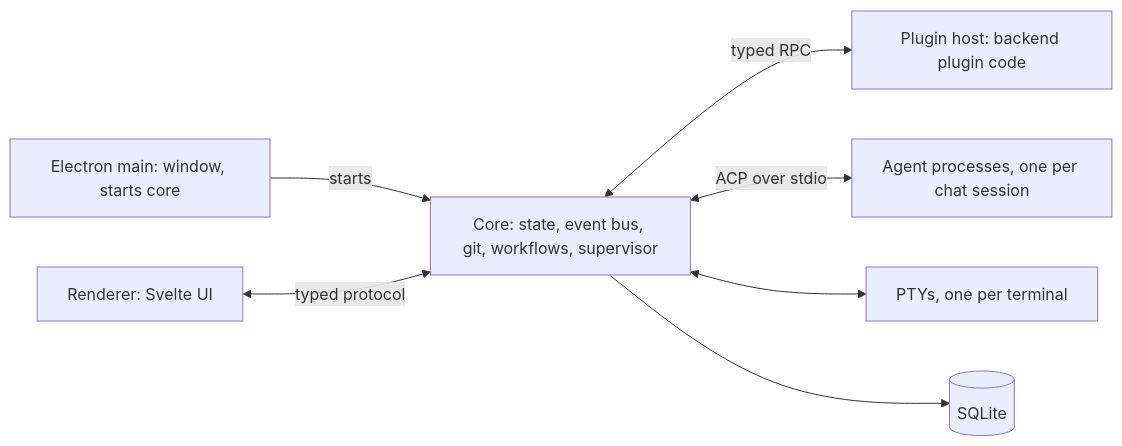
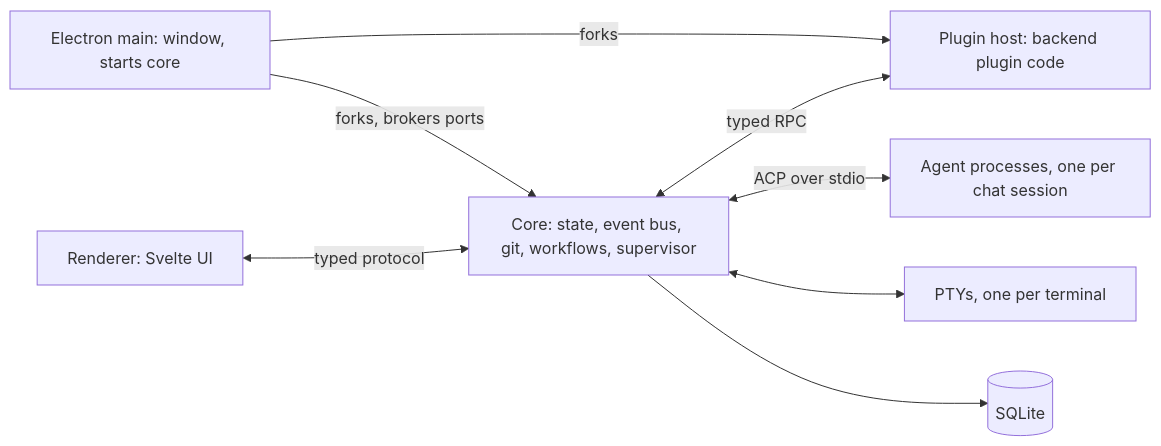
One commit to tebben/yaa changed the diagram in docs/spec/00-overview.md. Above: the diagram before and after it, drawn with Mermaid. The commit also changed other lines of this file and 5 other files, not shown here.

````diff
--- a/docs/spec/00-overview.md
+++ b/docs/spec/00-overview.md
@@ -34,16 +34,17 @@
 ```mermaid
 flowchart LR
   main[Electron main: window, starts core]
   renderer[Renderer: Svelte UI]
   core[Core: state, event bus, git, workflows, supervisor]
   host[Plugin host: backend plugin code]
   agents[Agent processes, one per chat session]
   ptys[PTYs, one per terminal]
   db[(SQLite)]
-  main -->|starts| core
+  main -->|forks, brokers ports| core
+  main -->|forks| host
   renderer <-->|typed protocol| core
   core <-->|typed RPC| host
   core <-->|ACP over stdio| agents
   core <--> ptys
   core --> db
 ```
````
